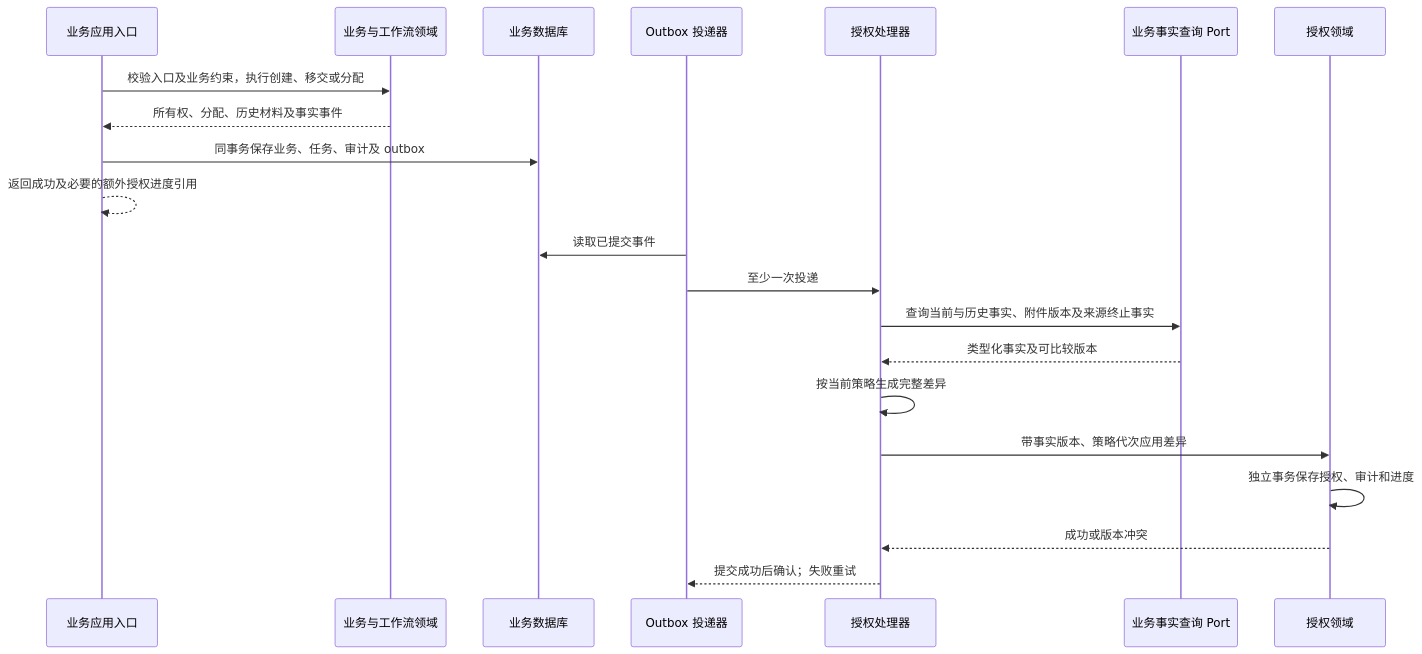
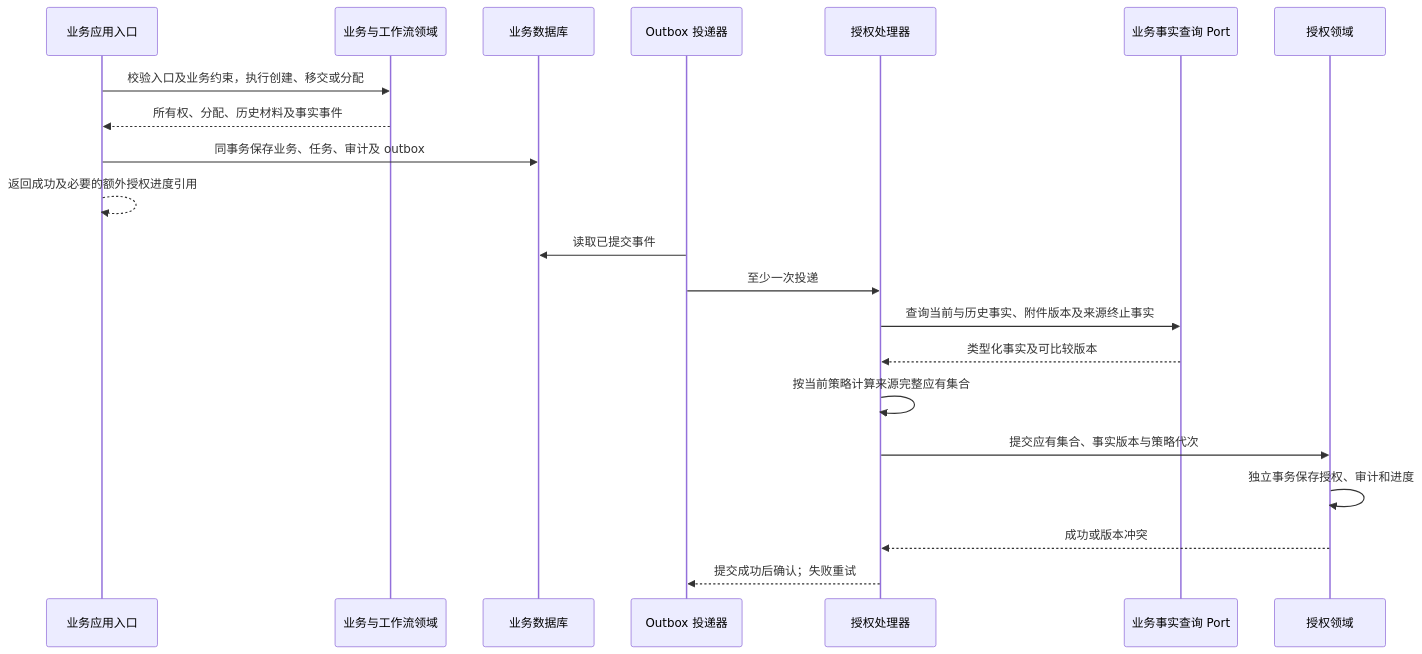
The diagram in docs/resource-authorization-design.md (mztlive/erp), drawn with Mermaid before and after one commit. The commit also changed other lines of this file and 2 other files, not shown here.

````diff
--- a/docs/resource-authorization-design.md
+++ b/docs/resource-authorization-design.md
@@ -141,23 +141,23 @@
 ```mermaid
 sequenceDiagram
     participant command as 业务应用入口
     participant domain as 业务与工作流领域
     participant store as 业务数据库
     participant relay as Outbox 投递器
     participant worker as 授权处理器
     participant facts as 业务事实查询 Port
     participant auth as 授权领域
     command->>domain: 校验入口及业务约束，执行创建、移交或分配
     domain-->>command: 所有权、分配、历史材料及事实事件
     command->>store: 同事务保存业务、任务、审计及 outbox
     command-->>command: 返回成功及必要的额外授权进度引用
     relay->>store: 读取已提交事件
     relay->>worker: 至少一次投递
     worker->>facts: 查询当前与历史事实、附件版本及来源终止事实
     facts-->>worker: 类型化事实及可比较版本
-    worker->>worker: 按当前策略生成完整差异
-    worker->>auth: 带事实版本、策略代次应用差异
+    worker->>worker: 按当前策略计算来源完整应有集合
+    worker->>auth: 提交应有集合、事实版本与策略代次
     auth->>auth: 独立事务保存授权、审计和进度
     auth-->>worker: 成功或版本冲突
     worker-->>relay: 提交成功后确认；失败重试
 ```
````
